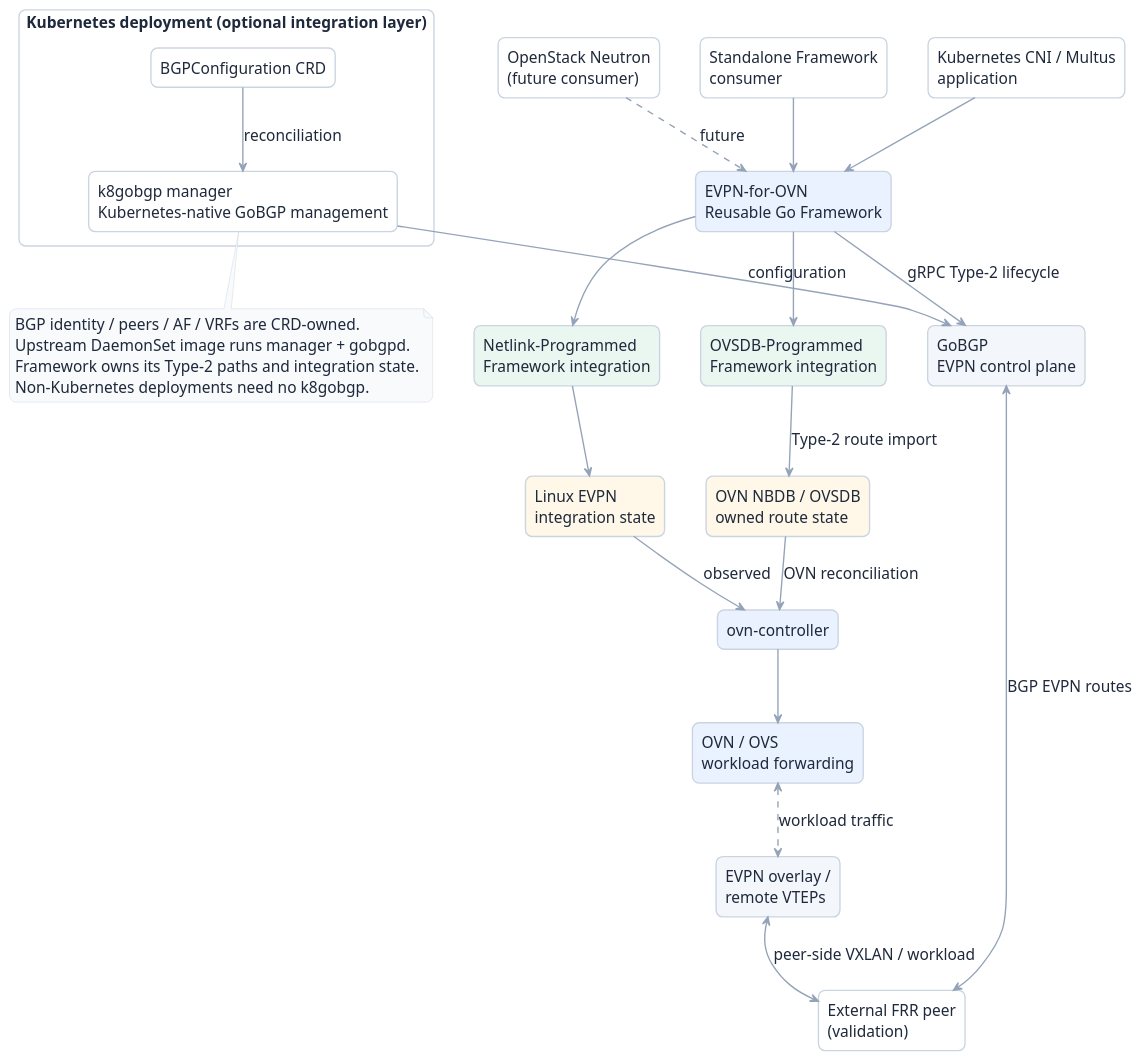
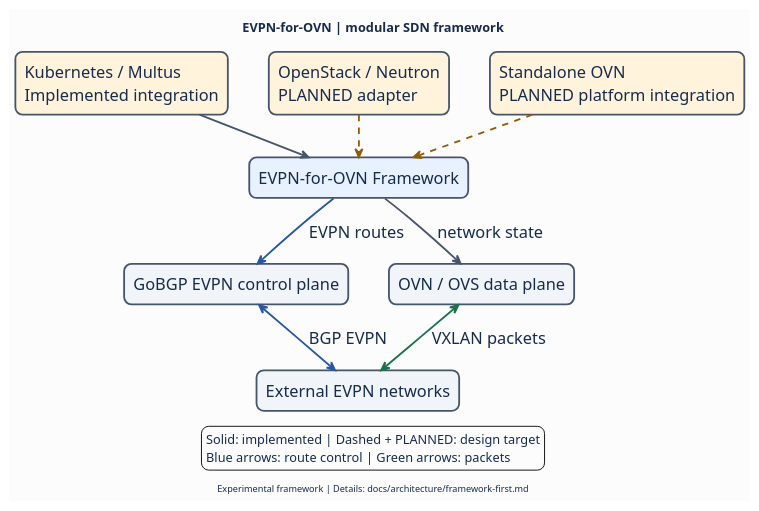
Before and after one commit to romanspb80/evpn-for-ovn: the diagram in docs/uml/evpn-overview.puml, drawn with PlantUML. The commit also changed 105 other files, not shown here.

First line of the commit message:
feat: stabilize EVPN Type-2 framework and upgrade to Go 1.27.3

```diff
--- a/docs/uml/evpn-overview.puml
+++ b/docs/uml/evpn-overview.puml
@@ -1,71 +1,45 @@
 @startuml
 top to bottom direction
-skinparam backgroundColor #FFFFFF
-skinparam defaultFontName Arial
-skinparam defaultFontSize 17
-skinparam defaultFontColor #1E293B
+skinparam backgroundColor #FCFCFD
+skinparam defaultFontName SansSerif
+skinparam defaultFontSize 18
+skinparam defaultFontColor #172B4D
 skinparam shadowing false
-skinparam roundCorner 15
+skinparam roundCorner 16
 skinparam nodesep 45
-skinparam ranksep 55
-skinparam ArrowColor #94A3B8
-skinparam ArrowThickness 1.5
-skinparam note {
+skinparam ranksep 45
+skinparam ArrowColor #475569
+skinparam ArrowThickness 2
+skinparam rectangle {
+  BorderThickness 2
   BackgroundColor #F8FAFC
-  BorderColor #CBD5E1
+  BorderColor #475569
 }
-skinparam rectangle {
-  BackgroundColor #FFFFFF
-  BorderColor #CBD5E1
-  BorderThickness 1.5
-}
-
-rectangle "EVPN-for-OVN\nReusable Go Framework" as Framework #EAF2FF
+title EVPN-for-OVN | modular SDN framework
 
 together {
-  rectangle "Standalone Framework\nconsumer" as Standalone
-  rectangle "Kubernetes CNI / Multus\napplication" as Kubernetes
-  rectangle "OpenStack Neutron\n(future consumer)" as OpenStack
+  rectangle "Kubernetes / Multus\nImplemented integration" as K8s #FFF4DB
+  rectangle "OpenStack / Neutron\nPLANNED adapter" as Neutron #FFF4DB
+  rectangle "Standalone OVN\nPLANNED platform integration" as Standalone #FFF4DB
 }
+rectangle "EVPN-for-OVN Framework" as Framework #E8F1FF
+together {
+  rectangle "GoBGP EVPN control plane" as GoBGP #F1F5F9
+  rectangle "OVN / OVS data plane" as OVN #F1F5F9
+}
+rectangle "External EVPN networks" as Peers #F1F5F9
 
-together {
-  rectangle "Netlink-Programmed\nFramework integration" as Netlink #EAF6F0
-  rectangle "OVSDB-Programmed\nFramework integration" as OVSDB #EAF6F0
-  rectangle "GoBGP\nEVPN control plane" as GoBGP #F3F6FA
-}
-together {
-  rectangle "Linux EVPN\nintegration state" as Kernel #FFF7E7
-  rectangle "OVN NBDB / OVSDB\nowned route state" as NBDB #FFF7E7
-}
-rectangle "ovn-controller" as Controller #EAF2FF
-rectangle "OVN / OVS\nworkload forwarding" as Forwarding #EAF2FF
-rectangle "EVPN overlay /\nremote VTEPs" as Overlay #F3F6FA
-rectangle "External FRR peer\n(validation)" as FRR
-rectangle "Kubernetes deployment (optional integration layer)" {
-  rectangle "BGPConfiguration CRD" as BGPConfig
-  rectangle "k8gobgp manager\nKubernetes-native GoBGP management" as BGPManager
-  BGPConfig --> BGPManager : reconciliation
-}
+K8s --> Framework
+Neutron -[#925C00,dashed]-> Framework
+Standalone -[#925C00,dashed]-> Framework
+Framework -[#2457A7]-> GoBGP : EVPN routes
+Framework --> OVN : network state
+GoBGP <-[#2457A7]-> Peers : BGP EVPN
+OVN <-[#18724B]-> Peers : VXLAN packets
 
-Standalone --> Framework
-Kubernetes --> Framework
-OpenStack ..> Framework : future
-Framework --> Netlink
-Framework --> OVSDB
-Framework --> GoBGP : gRPC Type-2 lifecycle
-BGPManager --> GoBGP : configuration
-Netlink --> Kernel
-Kernel --> Controller : observed
-OVSDB --> NBDB : Type-2 route import
-NBDB --> Controller : OVN reconciliation
-Controller --> Forwarding
-GoBGP <--> FRR : BGP EVPN routes
-Overlay <--> FRR : peer-side VXLAN / workload
-Forwarding <..> Overlay : workload traffic
-note bottom of BGPManager
-  BGP identity / peers / AF / VRFs are CRD-owned.
-  Upstream DaemonSet image runs manager + gobgpd.
-  Framework owns its Type-2 paths and integration state.
-  Non-Kubernetes deployments need no k8gobgp.
-end note
+legend bottom
+  Solid: implemented | Dashed + PLANNED: design target
+  Blue arrows: route control | Green arrows: packets
+endlegend
+footer Experimental framework | Details: docs/architecture/framework-first.md
 @enduml
```
